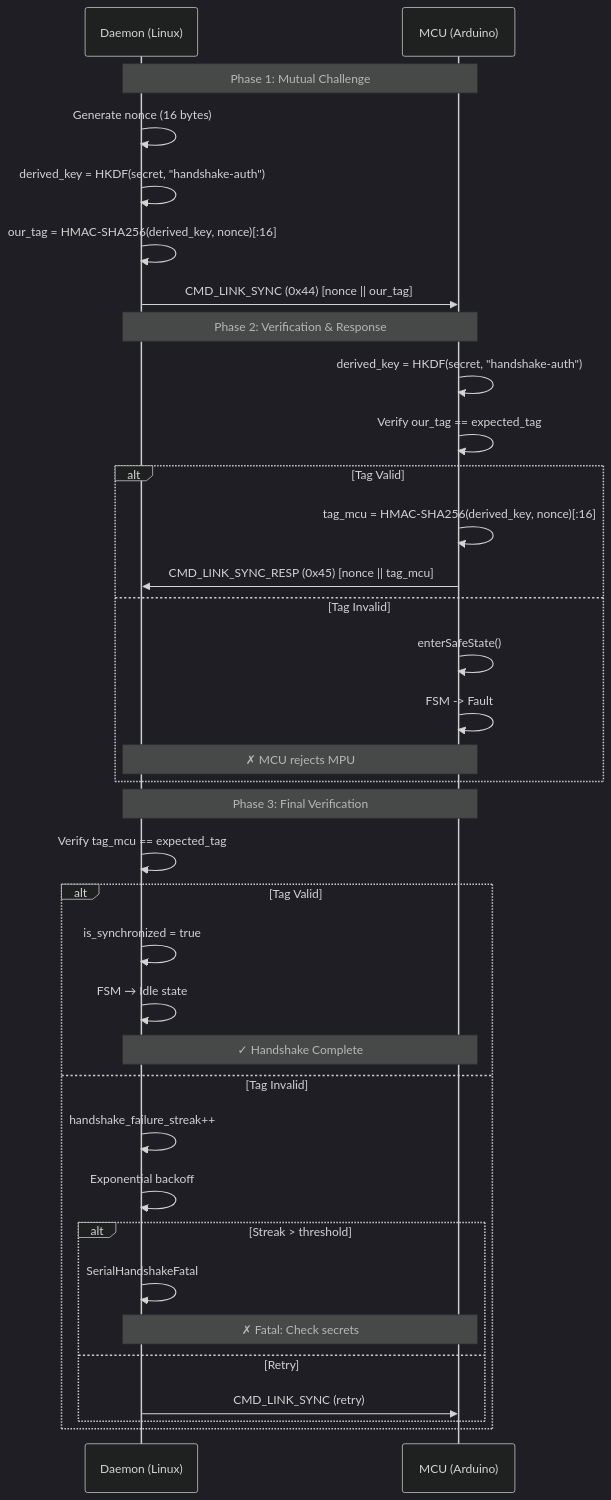
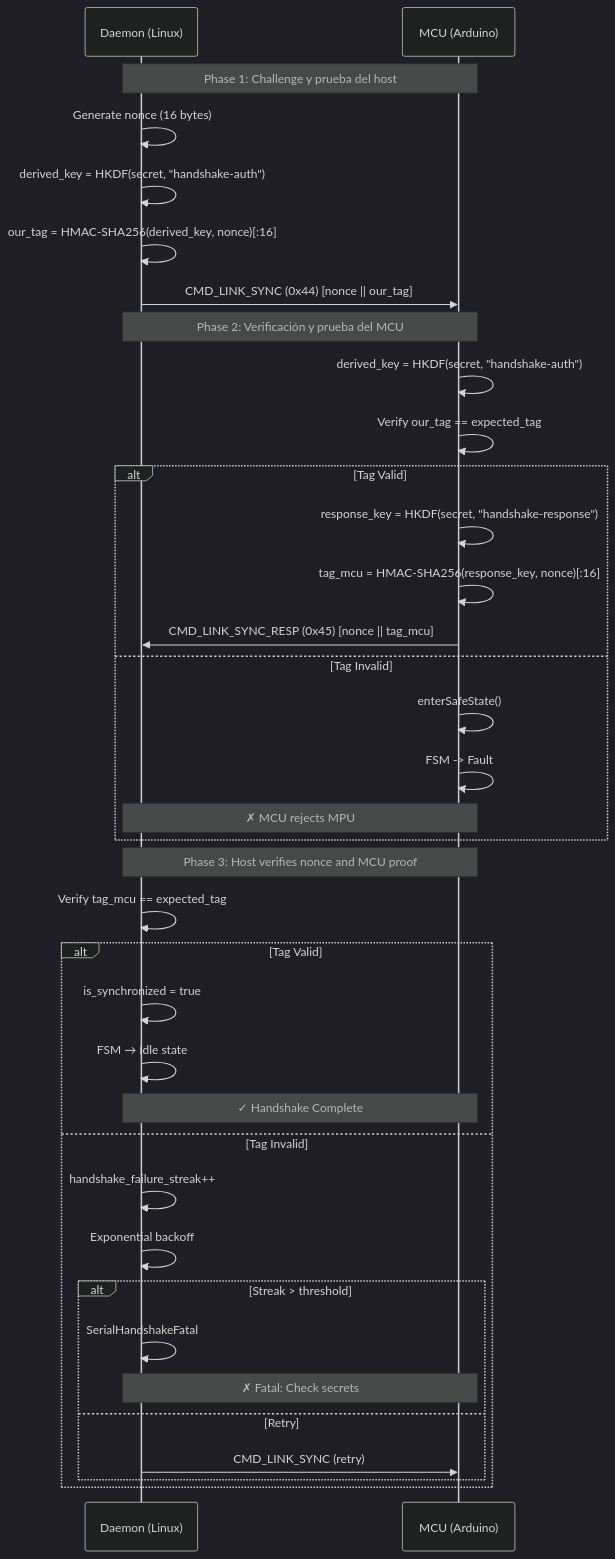
One commit to isantolin/arduino-yun-bridge2 changed the diagram in docs/PROTOCOL.md. Above: the diagram before and after it, drawn with Mermaid (dark theme). The commit also changed other lines of this file and 40 other files, not shown here.

First line of the commit message:
Refactor handshake authentication and nonce handling

````diff
--- a/docs/PROTOCOL.md
+++ b/docs/PROTOCOL.md
@@ -540,41 +543,42 @@
 ```mermaid
 sequenceDiagram
     participant D as Daemon (Linux)
     participant M as MCU (Arduino)
 
-    Note over D,M: Phase 1: Mutual Challenge
+    Note over D,M: Phase 1: Challenge y prueba del host
     D->>D: Generate nonce (16 bytes)
     D->>D: derived_key = HKDF(secret, "handshake-auth")
     D->>D: our_tag = HMAC-SHA256(derived_key, nonce)[:16]
     D->>M: CMD_LINK_SYNC (0x44) [nonce || our_tag]
 
-    Note over D,M: Phase 2: Verification & Response
+    Note over D,M: Phase 2: Verificación y prueba del MCU
     M->>M: derived_key = HKDF(secret, "handshake-auth")
     M->>M: Verify our_tag == expected_tag
     
     alt Tag Valid
-        M->>M: tag_mcu = HMAC-SHA256(derived_key, nonce)[:16]
+        M->>M: response_key = HKDF(secret, "handshake-response")
+        M->>M: tag_mcu = HMAC-SHA256(response_key, nonce)[:16]
         M->>D: CMD_LINK_SYNC_RESP (0x45) [nonce || tag_mcu]
     else Tag Invalid
         M->>M: enterSafeState()
         M->>M: FSM -> Fault
         Note over D,M: ✗ MCU rejects MPU
     end
 
-    Note over D,M: Phase 3: Final Verification
+    Note over D,M: Phase 3: Host verifies nonce and MCU proof
     D->>D: Verify tag_mcu == expected_tag
     alt Tag Valid
         D->>D: is_synchronized = true
         D->>D: FSM → Idle state
         Note over D,M: ✓ Handshake Complete
     else Tag Invalid
         D->>D: handshake_failure_streak++
         D->>D: Exponential backoff
         alt Streak > threshold
             D->>D: SerialHandshakeFatal
             Note over D,M: ✗ Fatal: Check secrets
         else Retry
             D->>M: CMD_LINK_SYNC (retry)
         end
     end
 ```
````
